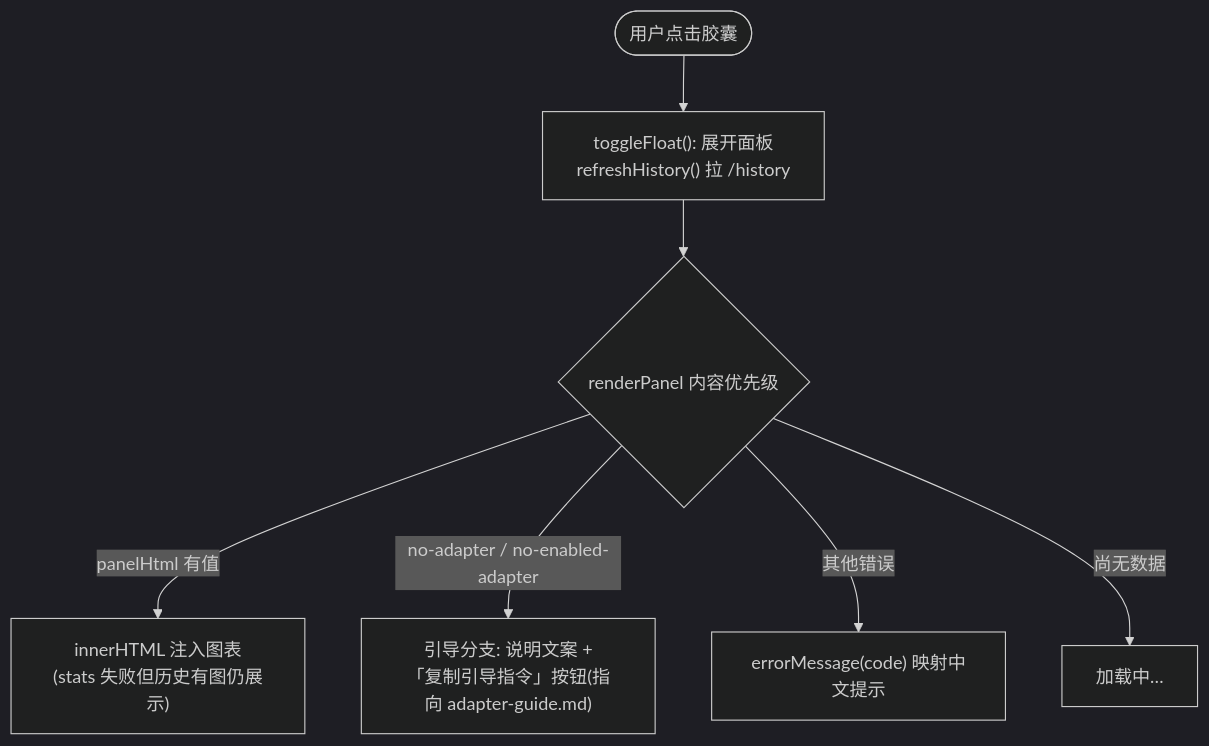
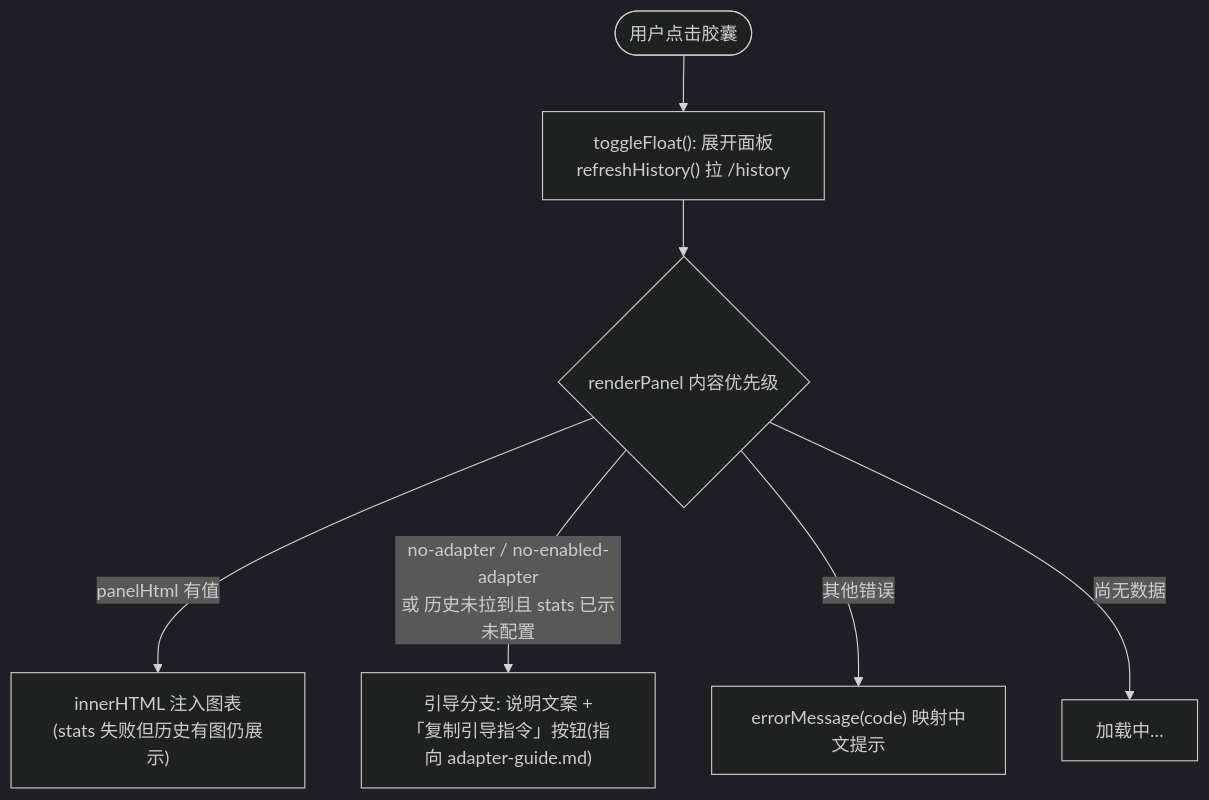
The ninth of 10 diagrams in packages/dsh-provider-usage/docs/architecture.md (wingsky-1/dsh-plugin-hub), drawn with Mermaid (dark theme) before and after one commit. The commit also changed other lines of this file and 3 other files, not shown here.

````diff
--- a/packages/dsh-provider-usage/docs/architecture.md
+++ b/packages/dsh-provider-usage/docs/architecture.md
@@ -308,9 +312,9 @@
 ```mermaid
 flowchart TD
     P(["用户点击胶囊"]) --> T["toggleFloat(): 展开面板<br/>refreshHistory() 拉 /history"]
     T --> K{"renderPanel 内容优先级"}
     K -->|"panelHtml 有值"| L["innerHTML 注入图表<br/>(stats 失败但历史有图仍展示)"]
-    K -->|"no-adapter / no-enabled-adapter"| M["引导分支: 说明文案 +<br/>「复制引导指令」按钮(指向 adapter-guide.md)"]
+    K -->|"no-adapter / no-enabled-adapter<br/>或 历史未拉到且 stats 已示未配置"| M["引导分支: 说明文案 +<br/>「复制引导指令」按钮(指向 adapter-guide.md)"]
     K -->|"其他错误"| N["errorMessage(code) 映射中文提示"]
     K -->|"尚无数据"| O["加载中…"]
 ```
````
